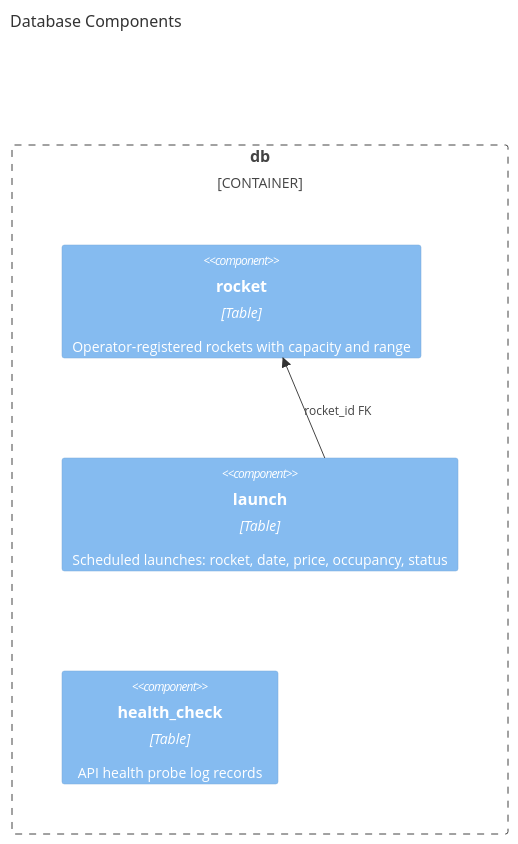
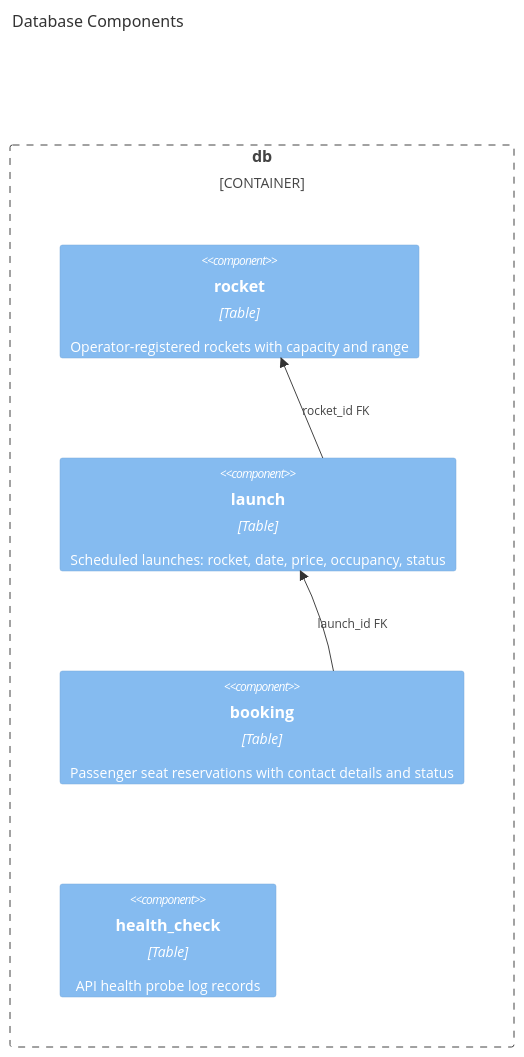
One commit to AlbertoBasaloAcademy/my-investor-1-sdd-claude changed the diagram in .product/arch/db.arch.md. Above: the diagram before and after it, drawn with Mermaid. The commit also changed other lines of this file and 9 other files, not shown here.

````diff
--- a/.product/arch/db.arch.md
+++ b/.product/arch/db.arch.md
@@ -17,12 +17,14 @@
 ```mermaid
 C4Component
   title Database Components
 
   Container_Boundary(boundary, "db") {
     Component(rocket_tbl, "rocket", "Table", "Operator-registered rockets with capacity and range")
     Component(launch_tbl, "launch", "Table", "Scheduled launches: rocket, date, price, occupancy, status")
+    Component(booking_tbl, "booking", "Table", "Passenger seat reservations with contact details and status")
     Component(health_tbl, "health_check", "Table", "API health probe log records")
   }
 
   Rel(launch_tbl, rocket_tbl, "rocket_id FK")
+  Rel(booking_tbl, launch_tbl, "launch_id FK")
 ```
````
